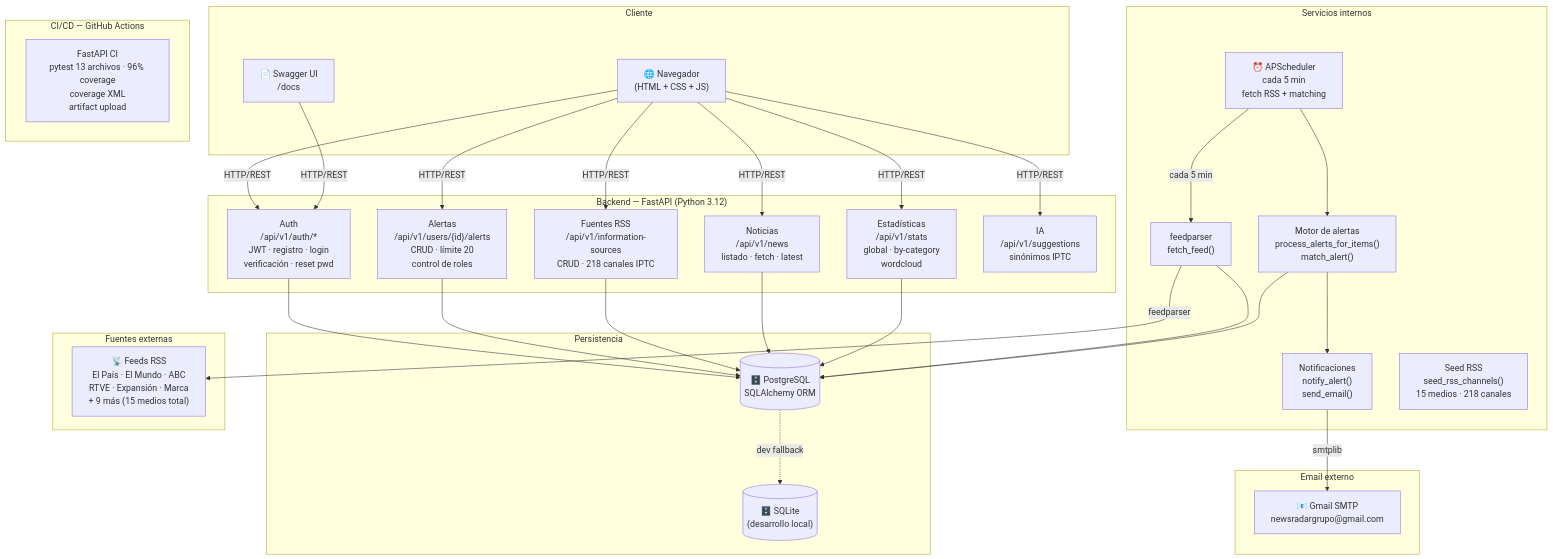
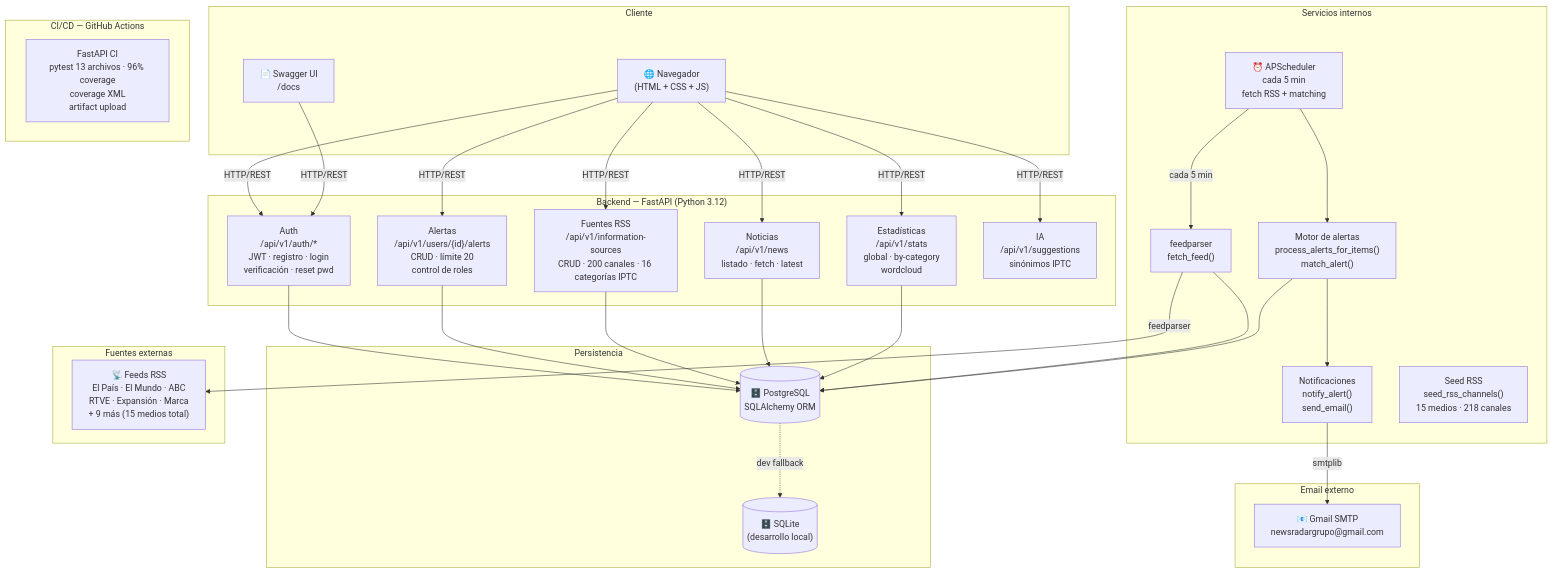
Before and after one commit to devops-uc3m-grupo2-org/devops_uc3m_grupo2: the first of 4 diagrams in pfinal/docs/arquitectura.md, drawn with Mermaid. The commit also changed other lines of this file and 26 other files, not shown here.

````diff
--- a/pfinal/docs/arquitectura.md
+++ b/pfinal/docs/arquitectura.md
@@ -5,65 +8,65 @@
 ```mermaid
 graph TB
     subgraph Cliente
         Browser["🌐 Navegador\n(HTML + CSS + JS)"]
         Swagger["📄 Swagger UI\n/docs"]
     end
 
     subgraph API["Backend — FastAPI (Python 3.12)"]
         Auth["Auth\n/api/v1/auth/*\nJWT · registro · login\nverificación · reset pwd"]
         Alerts["Alertas\n/api/v1/users/{id}/alerts\nCRUD · límite 20\ncontrol de roles"]
-        Sources["Fuentes RSS\n/api/v1/information-sources\nCRUD · 218 canales IPTC"]
+        Sources["Fuentes RSS\n/api/v1/information-sources\nCRUD · 200 canales · 16 categorías IPTC"]
         News["Noticias\n/api/v1/news\nlistado · fetch · latest"]
         Stats["Estadísticas\n/api/v1/stats\nglobal · by-category\nwordcloud"]
         AI["IA\n/api/v1/suggestions\nsinónimos IPTC"]
     end
 
     subgraph Servicios["Servicios internos"]
         Scheduler["⏰ APScheduler\ncada 5 min\nfetch RSS + matching"]
         Fetcher["feedparser\nfetch_feed()"]
         AlertLogic["Motor de alertas\nprocess_alerts_for_items()\nmatch_alert()"]
         Notifier["Notificaciones\nnotify_alert()\nsend_email()"]
         Seed["Seed RSS\nseed_rss_channels()\n15 medios · 218 canales"]
     end
 
     subgraph Datos["Persistencia"]
         DB[("🗄️ PostgreSQL\nSQLAlchemy ORM")]
         SQLite[("🗄️ SQLite\n(desarrollo local)")]
     end
 
     subgraph Email["Email externo"]
         SMTP["📧 Gmail SMTP\nnewsradargrupo@gmail.com"]
     end
 
     subgraph RSS["Fuentes externas"]
         Feeds["📡 Feeds RSS\nEl País · El Mundo · ABC\nRTVE · Expansión · Marca\n+ 9 más (15 medios total)"]
     end
 
     subgraph CI["CI/CD — GitHub Actions"]
         Pipeline["FastAPI CI\npytest 13 archivos · 96% coverage\ncoverage XML\nartifact upload"]
     end
 
     Browser -->|HTTP/REST| Auth
     Browser -->|HTTP/REST| Alerts
     Browser -->|HTTP/REST| Sources
     Browser -->|HTTP/REST| News
     Browser -->|HTTP/REST| Stats
     Swagger -->|HTTP/REST| Auth
 
     Auth --> DB
     Alerts --> DB
     Sources --> DB
     News --> DB
     Stats --> DB
     Browser -->|HTTP/REST| AI
 
     Scheduler -->|cada 5 min| Fetcher
     Fetcher -->|feedparser| Feeds
     Fetcher --> DB
     Scheduler --> AlertLogic
     AlertLogic --> DB
     AlertLogic --> Notifier
     Notifier -->|smtplib| SMTP
 
     DB -. dev fallback .-> SQLite
 ```
````
